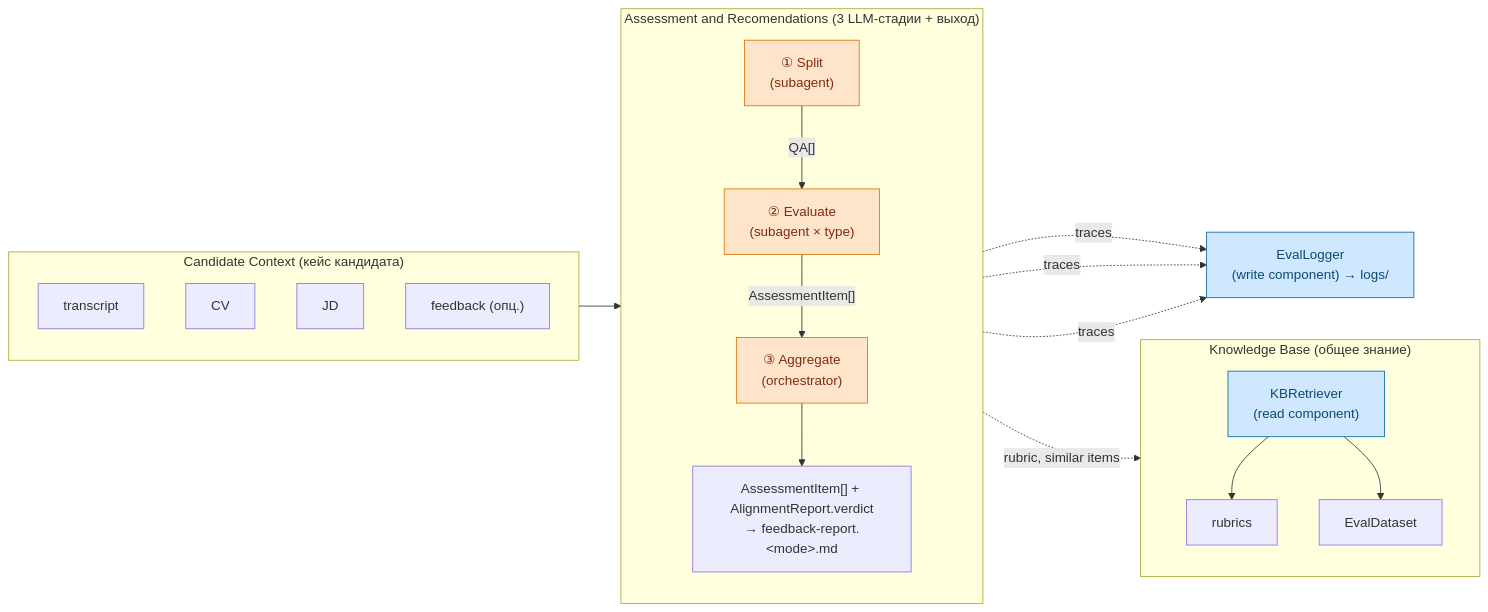
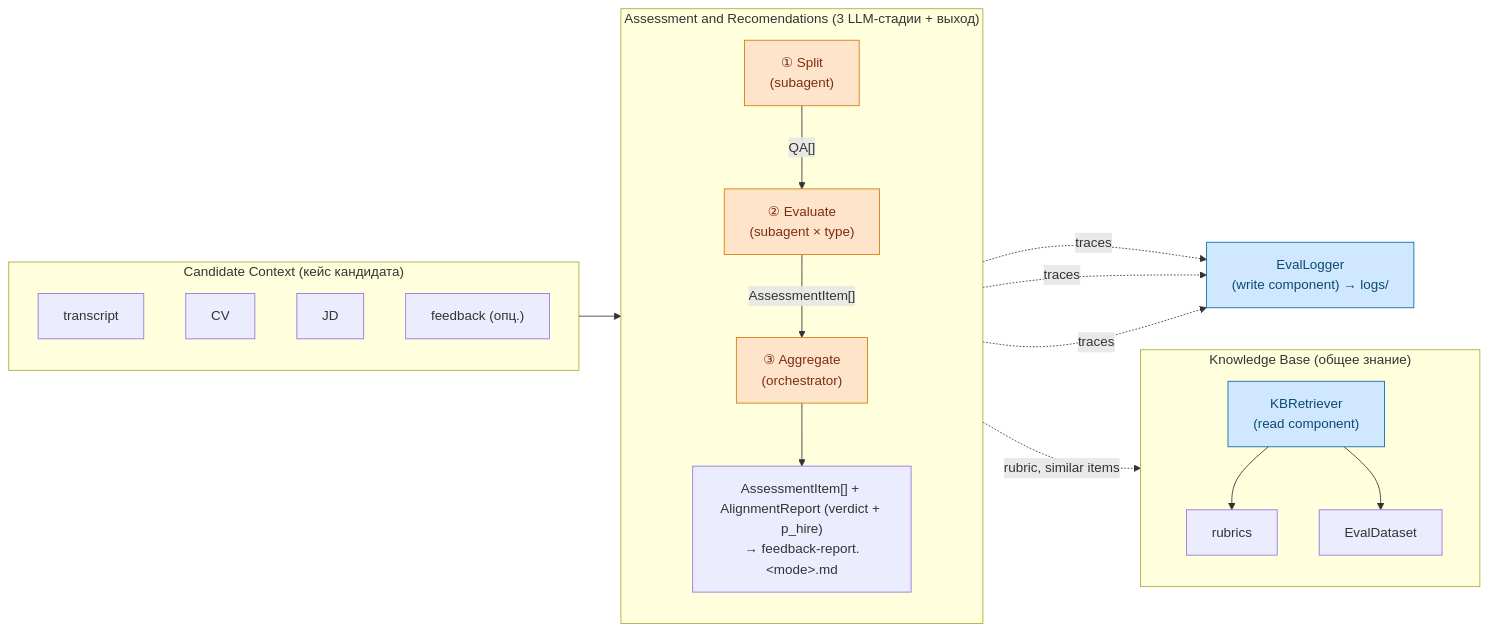
The diagram in md/arch_agents.md (margomrkv/interview-debrief-assistant), drawn with Mermaid before and after one commit. The commit also changed other lines of this file and 3 other files, not shown here.

````diff
--- a/md/arch_agents.md
+++ b/md/arch_agents.md
@@ -92,46 +92,46 @@
 ```mermaid
 flowchart LR
     %% Левая граница: Candidate Context (кейс)
     subgraph CC["Candidate Context (кейс кандидата)"]
         direction TB
         CC_TR["transcript"]
         CC_CV["CV"]
         CC_JD["JD"]
         CC_FB["feedback (опц.)"]
     end
 
     %% Центр: AR-модуль (3 LLM-стадии + выход)
     subgraph AR["Assessment and Recomendations (3 LLM-стадии + выход)"]
         direction TB
         ST1["① Split<br/>(subagent)"]
         ST2["② Evaluate<br/>(subagent × type)"]
         ST3["③ Aggregate<br/>(orchestrator)"]
-        OUT["AssessmentItem[] + AlignmentReport.verdict<br/>→ feedback-report.&lt;mode&gt;.md"]
+        OUT["AssessmentItem[] + AlignmentReport (verdict + p_hire)<br/>→ feedback-report.&lt;mode&gt;.md"]
         ST1 -- "QA[]" --> ST2
         ST2 -- "AssessmentItem[]" --> ST3
         ST3 --> OUT
     end
 
     %% Правая граница: Knowledge Base (общее)
     subgraph KB["Knowledge Base (общее знание)"]
         direction TB
         KBR["KBRetriever<br/>(read component)"]
         KB_R["rubrics"]
         KB_E["EvalDataset"]
         KBR --> KB_R
         KBR --> KB_E
     end
 
     %% Cross-cutting (write)
     LOG["EvalLogger<br/>(write component) → logs/"]
 
     CC --> ST1
     ST2 -. "rubric, similar items" .-> KBR
     ST1 & ST2 & ST3 -. "traces" .-> LOG
 
     %% Тип компонента: агент (LLM) vs детерминированный компонент
     classDef agent fill:#ffe4cc,stroke:#d97706,color:#7c2d12
     classDef deterministic fill:#cfe8ff,stroke:#0369a1,color:#0c4a6e
     class ST1,ST2,ST3 agent
     class KBR,LOG deterministic
 ```
````
